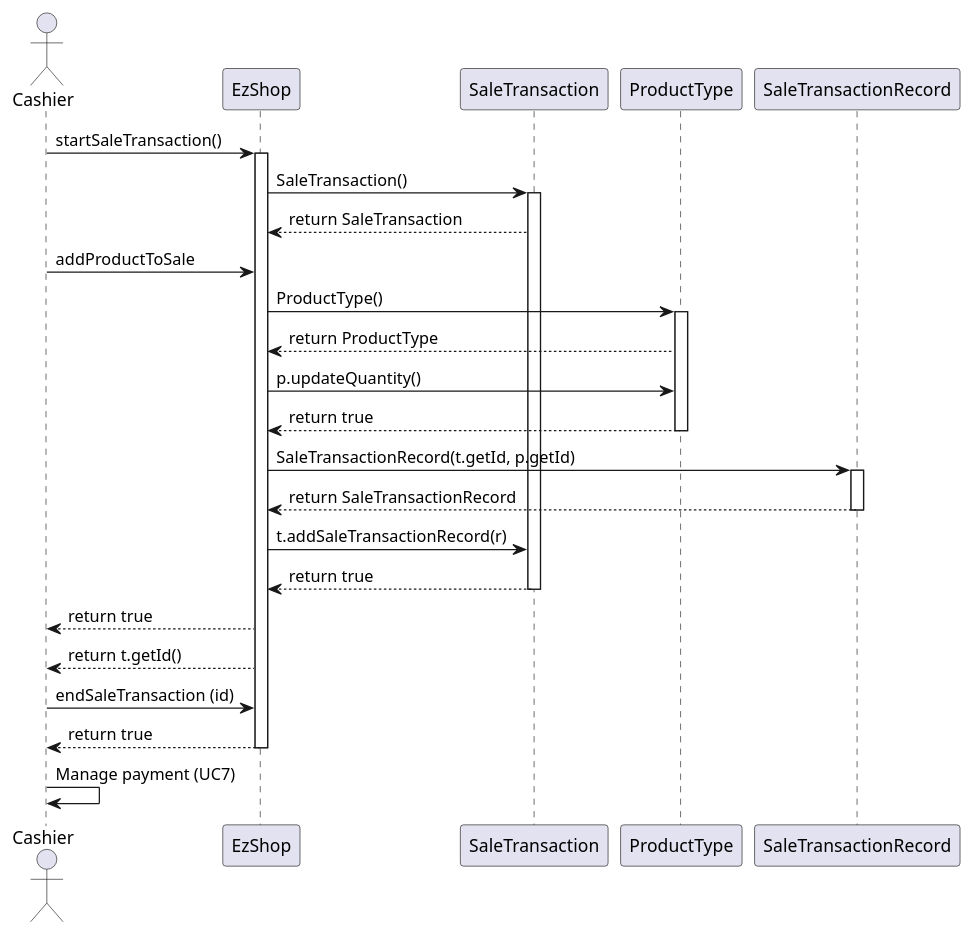
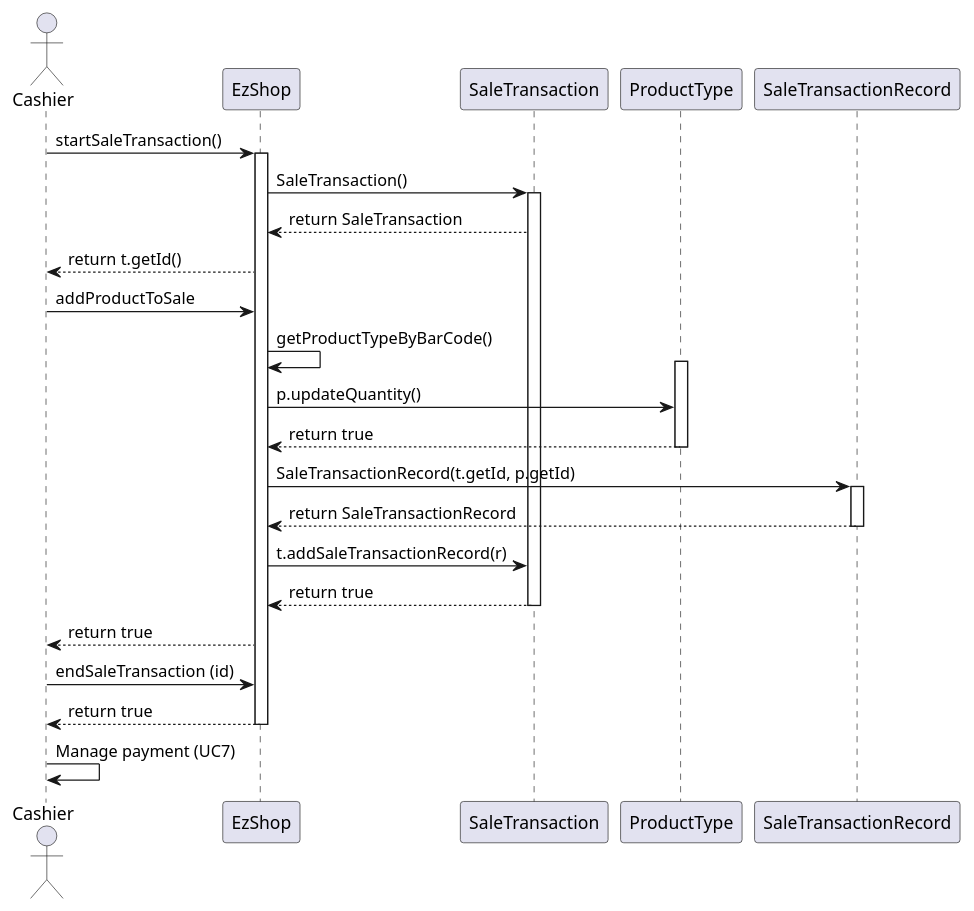
Before and after one commit to paocela/EzShop: diagram 18 of 29 in Deliverables/DesignDocument.md, drawn with PlantUML. The commit also changed other lines of this file, not shown here.

Commit message:
Reviewed all sequence diagrams

````diff
--- a/Deliverables/DesignDocument.md
+++ b/Deliverables/DesignDocument.md
@@ -590,29 +577,28 @@
 ```plantuml
 
 actor Cashier
 Cashier -> EzShop : startSaleTransaction()
 activate EzShop
 EzShop -> SaleTransaction : SaleTransaction()
 activate SaleTransaction
 EzShop <-- SaleTransaction : return SaleTransaction
+Cashier <-- EzShop : return t.getId()
 Cashier -> EzShop : addProductToSale
-EzShop -> ProductType : ProductType()
+EzShop -> EzShop : getProductTypeByBarCode()
 activate ProductType
-EzShop <-- ProductType : return ProductType
 EzShop -> ProductType : p.updateQuantity()
 EzShop <-- ProductType : return true
 deactivate ProductType
 EzShop -> SaleTransactionRecord : SaleTransactionRecord(t.getId, p.getId)
 activate SaleTransactionRecord
 EzShop <-- SaleTransactionRecord : return SaleTransactionRecord
 deactivate SaleTransactionRecord
 EzShop -> SaleTransaction : t.addSaleTransactionRecord(r)
 EzShop <-- SaleTransaction : return true
 deactivate SaleTransaction
 Cashier <-- EzShop : return true
-Cashier <-- EzShop : return t.getId()
 Cashier -> EzShop : endSaleTransaction (id)
 Cashier <-- EzShop : return true
 deactivate EzShop
 Cashier -> Cashier : Manage payment (UC7)
 ```
````
